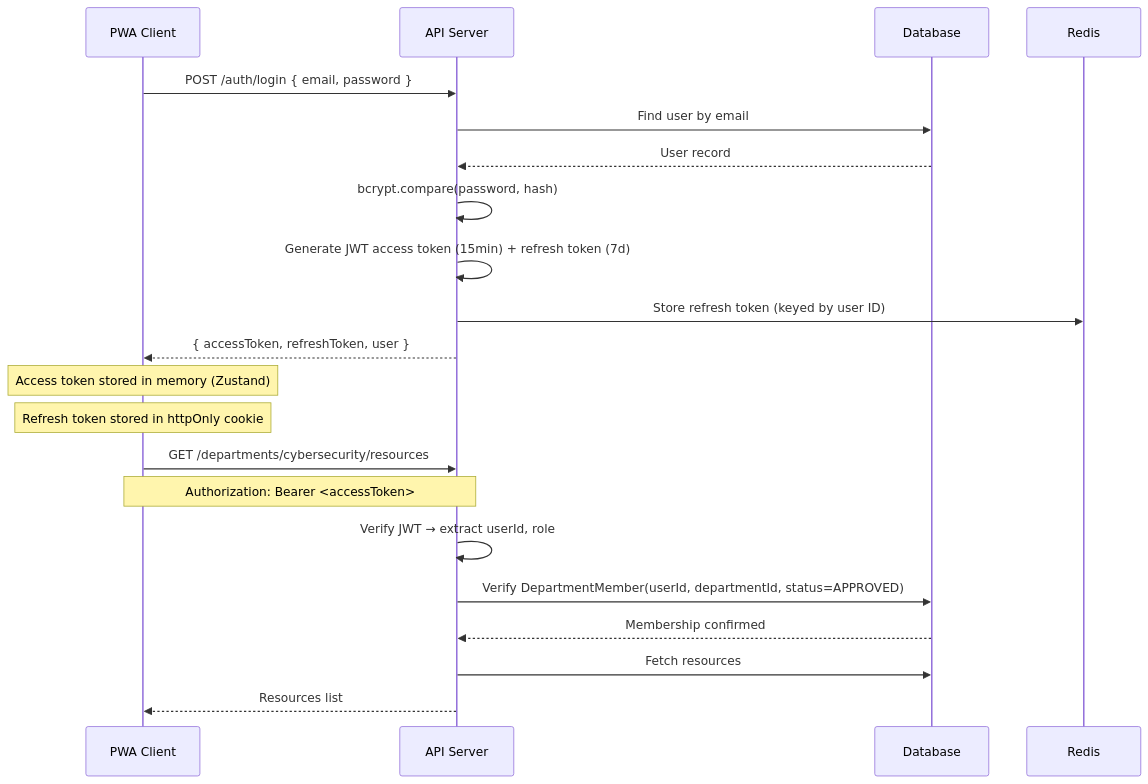
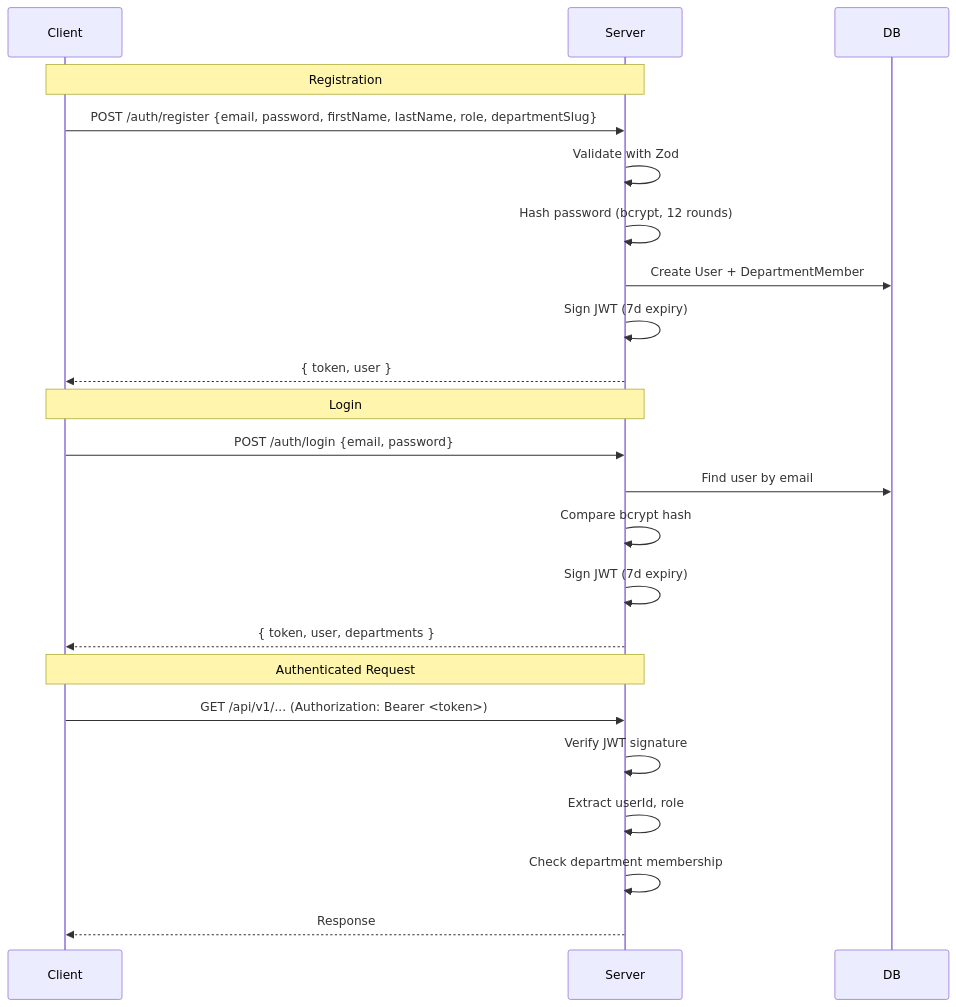
Before and after one commit to Sydonverse/Nexus: the fifth of 8 diagrams in implementation_plan.md, drawn with Mermaid. The commit also changed other lines of this file and 1 other file, not shown here.

````diff
--- a/implementation_plan.md
+++ b/implementation_plan.md
@@ -423,26 +811,28 @@
 ```mermaid
 sequenceDiagram
-    participant Client as PWA Client
-    participant API as API Server
-    participant DB as Database
-    participant Redis as Redis
-
-    Client->>API: POST /auth/login { email, password }
-    API->>DB: Find user by email
-    DB-->>API: User record
-    API->>API: bcrypt.compare(password, hash)
-    API->>API: Generate JWT access token (15min) + refresh token (7d)
-    API->>Redis: Store refresh token (keyed by user ID)
-    API-->>Client: { accessToken, refreshToken, user }
-
-    Note over Client: Access token stored in memory (Zustand)
-    Note over Client: Refresh token stored in httpOnly cookie
-
-    Client->>API: GET /departments/cybersecurity/resources
-    Note over Client,API: Authorization: Bearer <accessToken>
-    API->>API: Verify JWT → extract userId, role
-    API->>DB: Verify DepartmentMember(userId, departmentId, status=APPROVED)
-    DB-->>API: Membership confirmed
-    API->>DB: Fetch resources
-    API-->>Client: Resources list
+    participant Client
+    participant Server
+    participant DB
+    
+    Note over Client,Server: Registration
+    Client->>Server: POST /auth/register {email, password, firstName, lastName, role, departmentSlug}
+    Server->>Server: Validate with Zod
+    Server->>Server: Hash password (bcrypt, 12 rounds)
+    Server->>DB: Create User + DepartmentMember
+    Server->>Server: Sign JWT (7d expiry)
+    Server-->>Client: { token, user }
+    
+    Note over Client,Server: Login
+    Client->>Server: POST /auth/login {email, password}
+    Server->>DB: Find user by email
+    Server->>Server: Compare bcrypt hash
+    Server->>Server: Sign JWT (7d expiry)
+    Server-->>Client: { token, user, departments }
+    
+    Note over Client,Server: Authenticated Request
+    Client->>Server: GET /api/v1/... (Authorization: Bearer <token>)
+    Server->>Server: Verify JWT signature
+    Server->>Server: Extract userId, role
+    Server->>Server: Check department membership
+    Server-->>Client: Response
 ```
````
